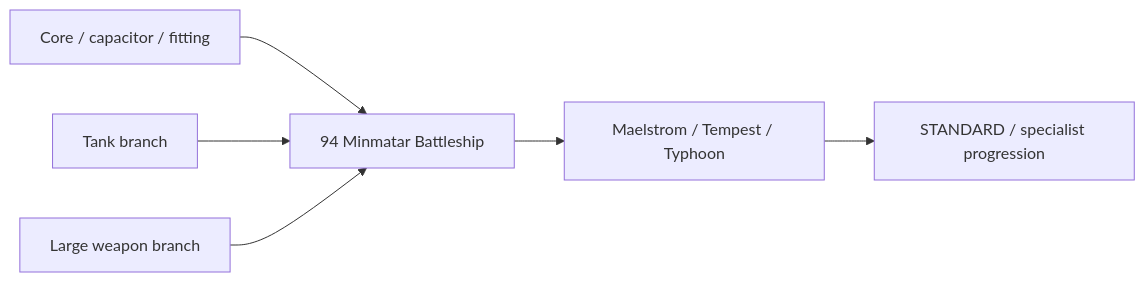
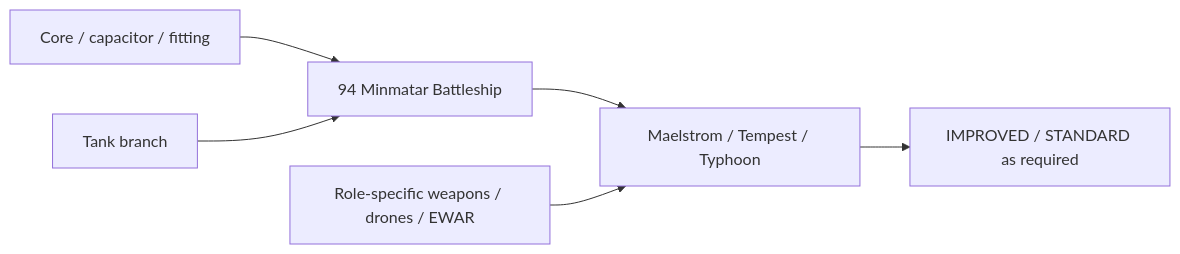
One commit to Blizbor/EvE-Modular-Skillplans changed the diagram in training-paths/battleships/minmatar/DIAGRAM-EN.md. Above: the diagram before and after it, drawn with Mermaid. The commit also changed 32 other files, not shown here.

````diff
--- a/training-paths/battleships/minmatar/DIAGRAM-EN.md
+++ b/training-paths/battleships/minmatar/DIAGRAM-EN.md
@@ -5,8 +5,8 @@
 ```mermaid
 flowchart LR
     CORE[Core / capacitor / fitting] --> B[94 Minmatar Battleship]
     T[Tank branch] --> B
-    W[Large weapon branch] --> B
     B --> H[Maelstrom / Tempest / Typhoon]
-    H --> SPEC[STANDARD / specialist progression]
+    ROLE[Role-specific weapons / drones / EWAR] --> H
+    H --> SPEC[IMPROVED / STANDARD as required]
 ```
````
